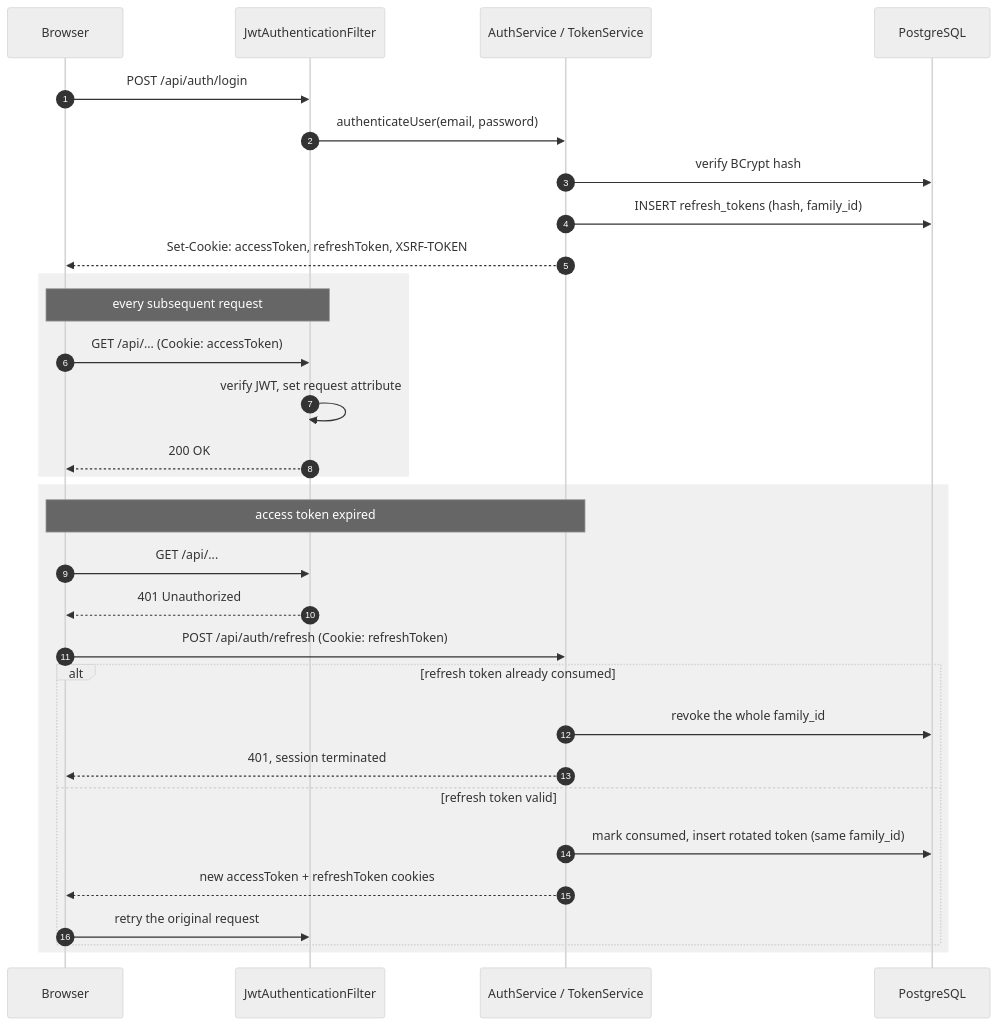
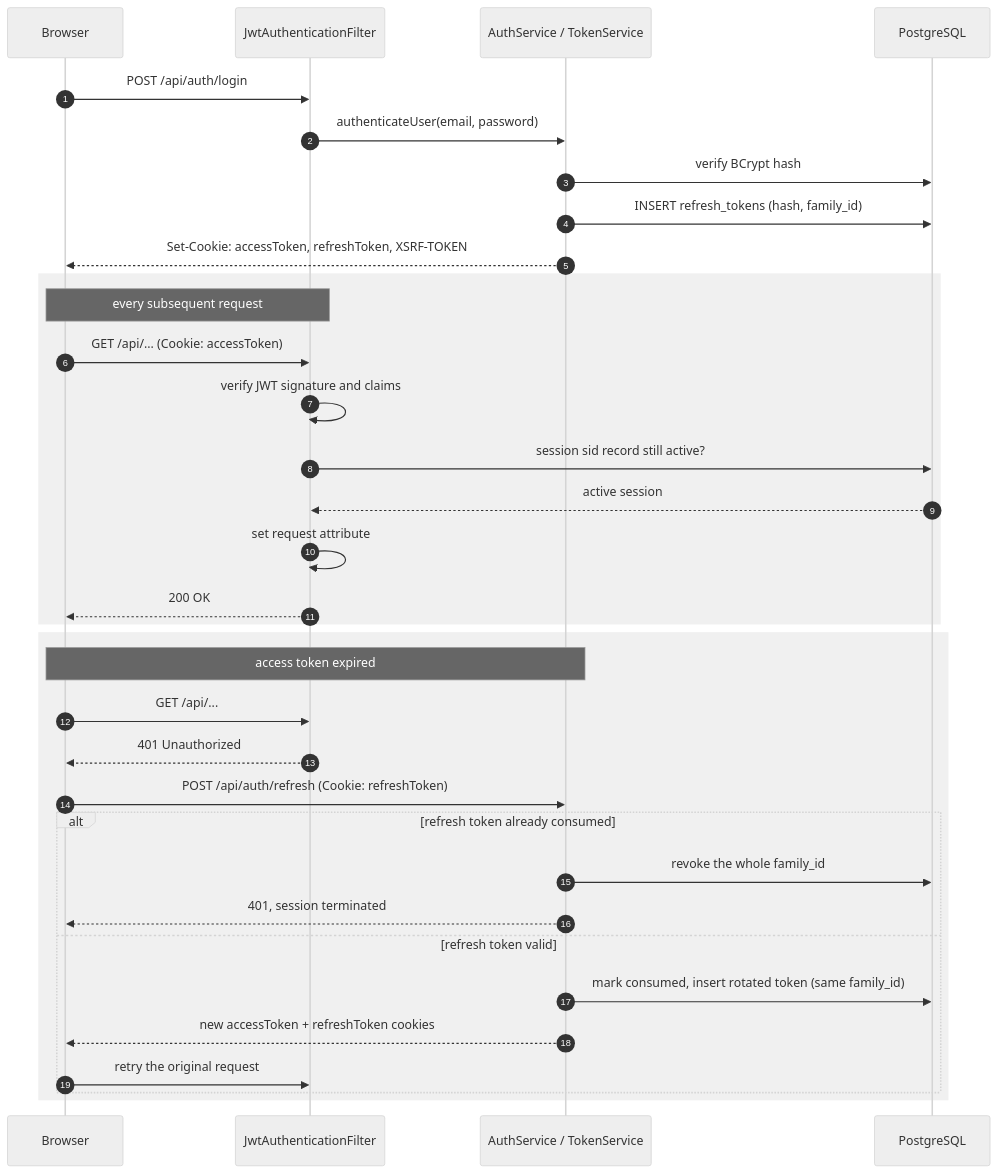
One commit to mblaszczykowski/Self-Scheduling-Project-Management-Tool changed the diagram in docs/diagrams/src/authentication.mmd. Above: the diagram before and after it, drawn with Mermaid (neutral theme). The commit also changed 235 other files, not shown here.

```diff
--- a/docs/diagrams/src/authentication.mmd
+++ b/docs/diagrams/src/authentication.mmd
@@ -1,34 +1,37 @@
 sequenceDiagram
     autonumber
     participant B as Browser
     participant F as JwtAuthenticationFilter
     participant S as AuthService / TokenService
     participant DB as PostgreSQL
 
     B->>F: POST /api/auth/login
     F->>S: authenticateUser(email, password)
     S->>DB: verify BCrypt hash
     S->>DB: INSERT refresh_tokens (hash, family_id)
     S-->>B: Set-Cookie: accessToken, refreshToken, XSRF-TOKEN
 
     rect rgb(240, 240, 240)
     Note over B,F: every subsequent request
     B->>F: GET /api/... (Cookie: accessToken)
-    F->>F: verify JWT, set request attribute
+    F->>F: verify JWT signature and claims
+    F->>DB: session sid record still active?
+    DB-->>F: active session
+    F->>F: set request attribute
     F-->>B: 200 OK
     end
 
     rect rgb(240, 240, 240)
     Note over B,S: access token expired
     B->>F: GET /api/...
     F-->>B: 401 Unauthorized
     B->>S: POST /api/auth/refresh (Cookie: refreshToken)
     alt refresh token already consumed
         S->>DB: revoke the whole family_id
         S-->>B: 401, session terminated
     else refresh token valid
         S->>DB: mark consumed, insert rotated token (same family_id)
         S-->>B: new accessToken + refreshToken cookies
         B->>F: retry the original request
     end
     end
```
